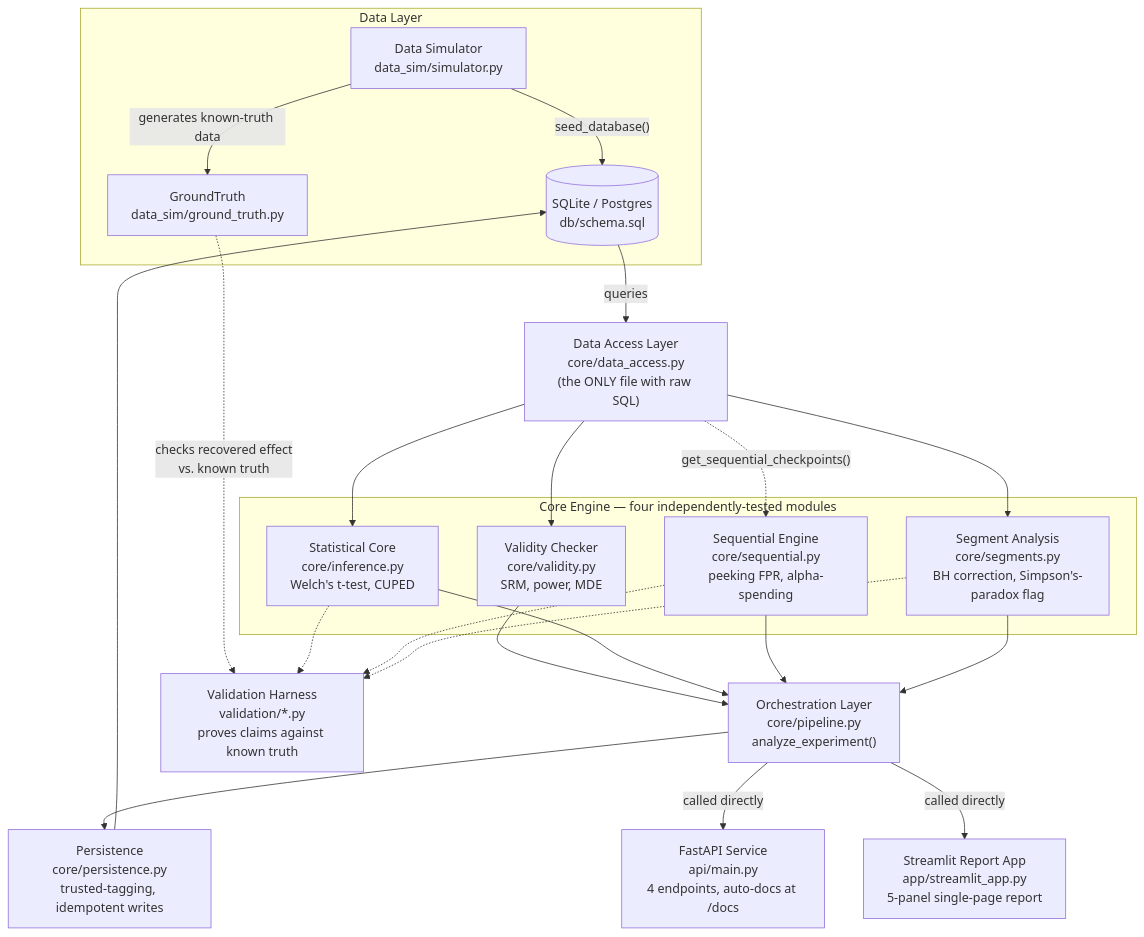
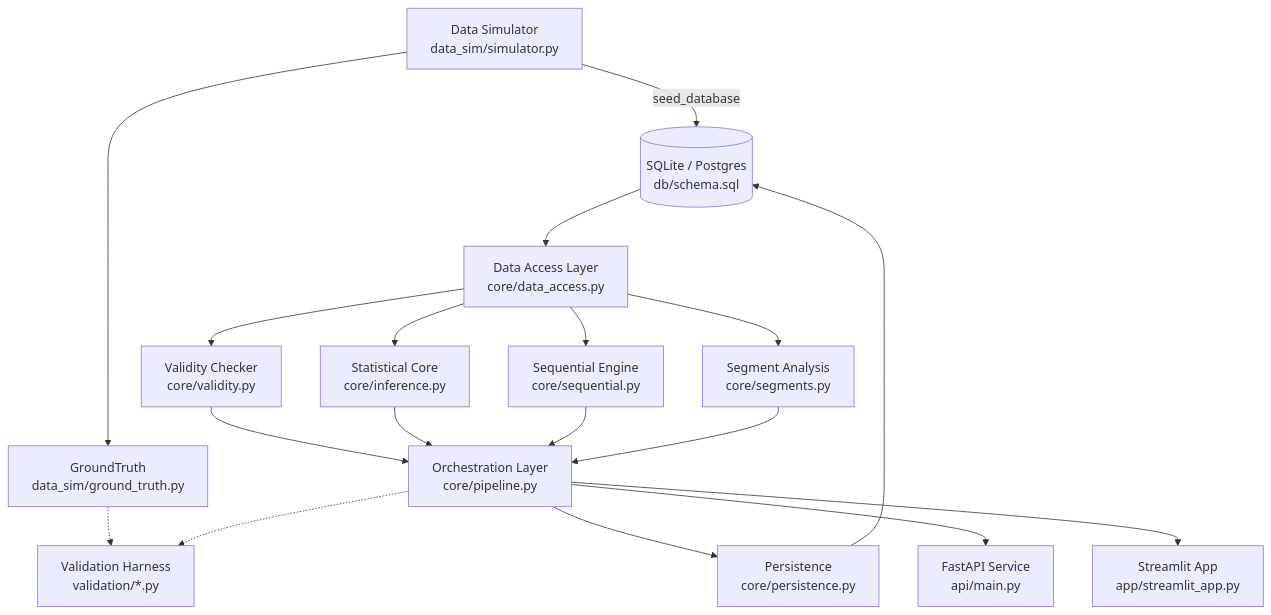
One commit to tarun-rai21/ab-test-engine changed the diagram in README.md. Above: the diagram before and after it, drawn with Mermaid.

Commit message:
Updated architecture

````diff
--- a/README.md
+++ b/README.md
@@ -66,46 +66,40 @@
 ```mermaid
 flowchart TB
-    subgraph DataLayer["Data Layer"]
-        SIM["Data Simulator<br/>data_sim/simulator.py"]
-        GT["GroundTruth<br/>data_sim/ground_truth.py"]
-        DB[("SQLite / Postgres<br/>db/schema.sql")]
-        SIM -->|"generates known-truth data"| GT
-        SIM -->|"seed_database()"| DB
-    end
+    SIM["Data Simulator<br/>data_sim/simulator.py"]
+    GT["GroundTruth<br/>data_sim/ground_truth.py"]
+    DB[("SQLite / Postgres<br/>db/schema.sql")]
+    SIM --> GT
+    SIM -->|seed_database| DB
 
-    DATAACCESS["Data Access Layer<br/>core/data_access.py<br/>(the ONLY file with raw SQL)"]
-    DB -->|"queries"| DATAACCESS
+    DATAACCESS["Data Access Layer<br/>core/data_access.py"]
+    DB --> DATAACCESS
 
-    subgraph CoreEngine["Core Engine — four independently-tested modules"]
-        VALIDITY["Validity Checker<br/>core/validity.py<br/>SRM, power, MDE"]
-        INFERENCE["Statistical Core<br/>core/inference.py<br/>Welch's t-test, CUPED"]
-        SEQUENTIAL["Sequential Engine<br/>core/sequential.py<br/>peeking FPR, alpha-spending"]
-        SEGMENTS["Segment Analysis<br/>core/segments.py<br/>BH correction, Simpson's-paradox flag"]
-    end
+    VALIDITY["Validity Checker<br/>core/validity.py"]
+    INFERENCE["Statistical Core<br/>core/inference.py"]
+    SEQUENTIAL["Sequential Engine<br/>core/sequential.py"]
+    SEGMENTS["Segment Analysis<br/>core/segments.py"]
 
     DATAACCESS --> VALIDITY
     DATAACCESS --> INFERENCE
-    DATAACCESS -.->|"get_sequential_checkpoints()"| SEQUENTIAL
+    DATAACCESS --> SEQUENTIAL
     DATAACCESS --> SEGMENTS
 
-    PIPELINE["Orchestration Layer<br/>core/pipeline.py<br/>analyze_experiment()"]
+    PIPELINE["Orchestration Layer<br/>core/pipeline.py"]
     VALIDITY --> PIPELINE
     INFERENCE --> PIPELINE
     SEQUENTIAL --> PIPELINE
     SEGMENTS --> PIPELINE
 
-    PERSIST["Persistence<br/>core/persistence.py<br/>trusted-tagging, idempotent writes"]
+    PERSIST["Persistence<br/>core/persistence.py"]
     PIPELINE --> PERSIST
     PERSIST --> DB
 
-    VALIDATION["Validation Harness<br/>validation/*.py<br/>proves claims against known truth"]
-    GT -.->|"checks recovered effect<br/>vs. known truth"| VALIDATION
-    INFERENCE -.-> VALIDATION
-    SEQUENTIAL -.-> VALIDATION
-    SEGMENTS -.-> VALIDATION
+    VALIDATION["Validation Harness<br/>validation/*.py"]
+    GT -.-> VALIDATION
+    PIPELINE -.-> VALIDATION
 
-    API["FastAPI Service<br/>api/main.py<br/>4 endpoints, auto-docs at /docs"]
-    APP["Streamlit Report App<br/>app/streamlit_app.py<br/>5-panel single-page report"]
-    PIPELINE -->|"called directly"| API
-    PIPELINE -->|"called directly"| APP
+    API["FastAPI Service<br/>api/main.py"]
+    APP["Streamlit App<br/>app/streamlit_app.py"]
+    PIPELINE --> API
+    PIPELINE --> APP
 ```
````
